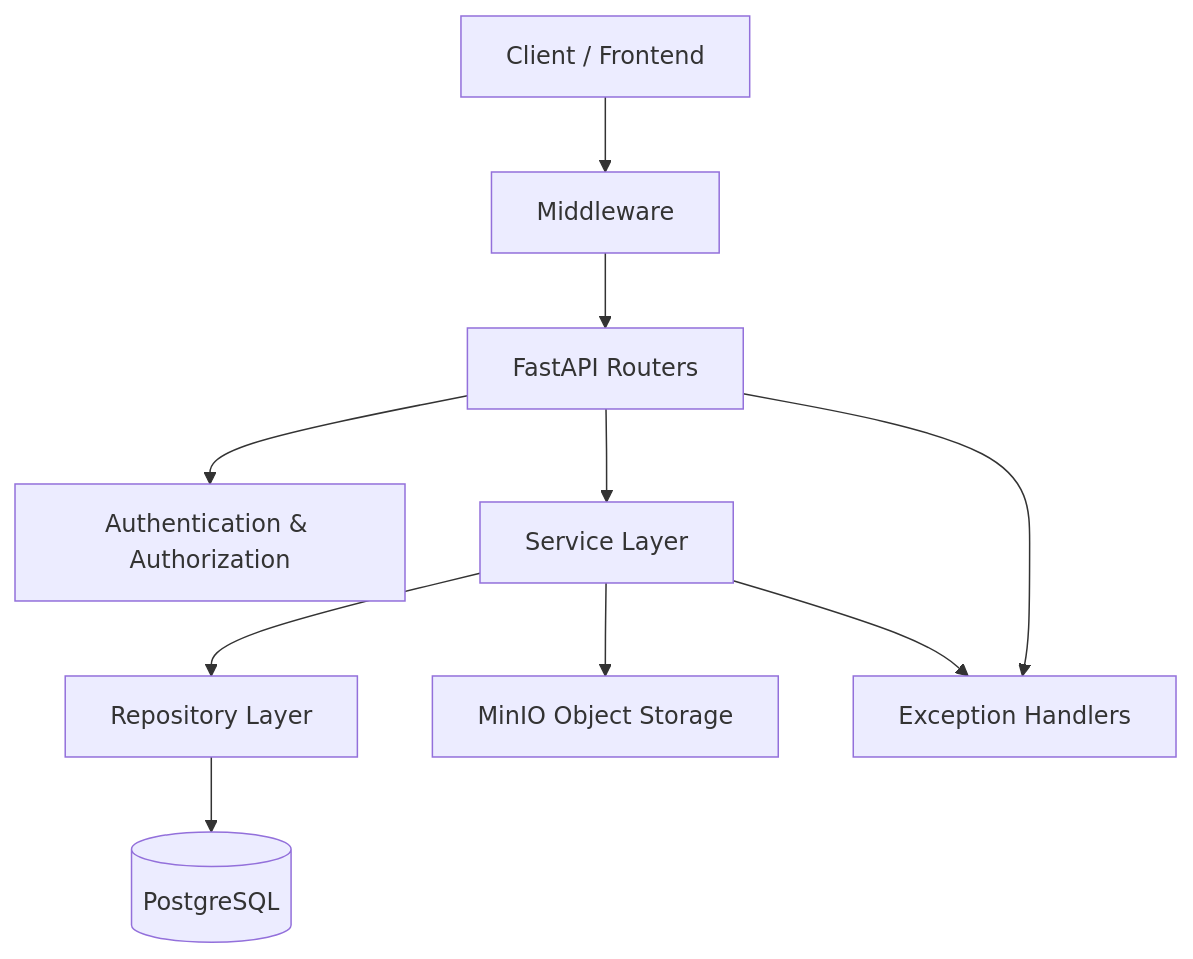
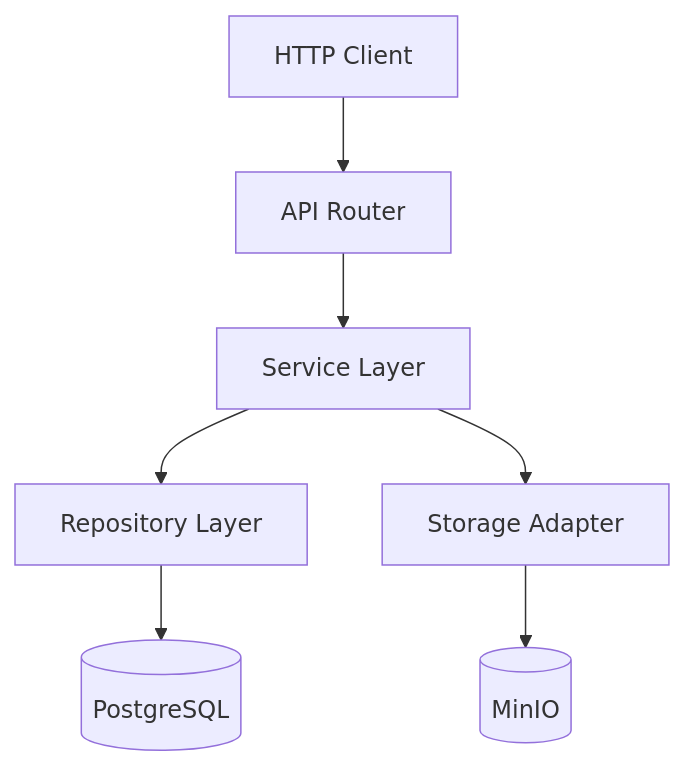
The first of 3 diagrams in README.md (mohammed-ouali/notes-backend), drawn with Mermaid before and after one commit. The commit also changed other lines of this file and 6 other files, not shown here.

````diff
--- a/README.md
+++ b/README.md
@@ -26,28 +16,17 @@
 ```mermaid
 flowchart TD
-    Client["Client / Frontend"]
-
-    Router["FastAPI Routers"]
+    Client["HTTP Client"]
+    Router["API Router"]
     Service["Service Layer"]
     Repository["Repository Layer"]
+    StorageAdapter["Storage Adapter"]
+    Database[("PostgreSQL")]
+    MinIO[("MinIO")]
 
-    DB[("PostgreSQL")]
-    Storage["MinIO Object Storage"]
-
-    Security["Authentication & Authorization"]
-    Middleware["Middleware"]
-    Exceptions["Exception Handlers"]
-
-    Client --> Middleware
-    Middleware --> Router
-
-    Router --> Security
+    Client --> Router
     Router --> Service
-
     Service --> Repository
-    Repository --> DB
-
-    Service --> Storage
-    Router --> Exceptions
-    Service --> Exceptions
+    Service --> StorageAdapter
+    Repository --> Database
+    StorageAdapter --> MinIO
 ```
````
